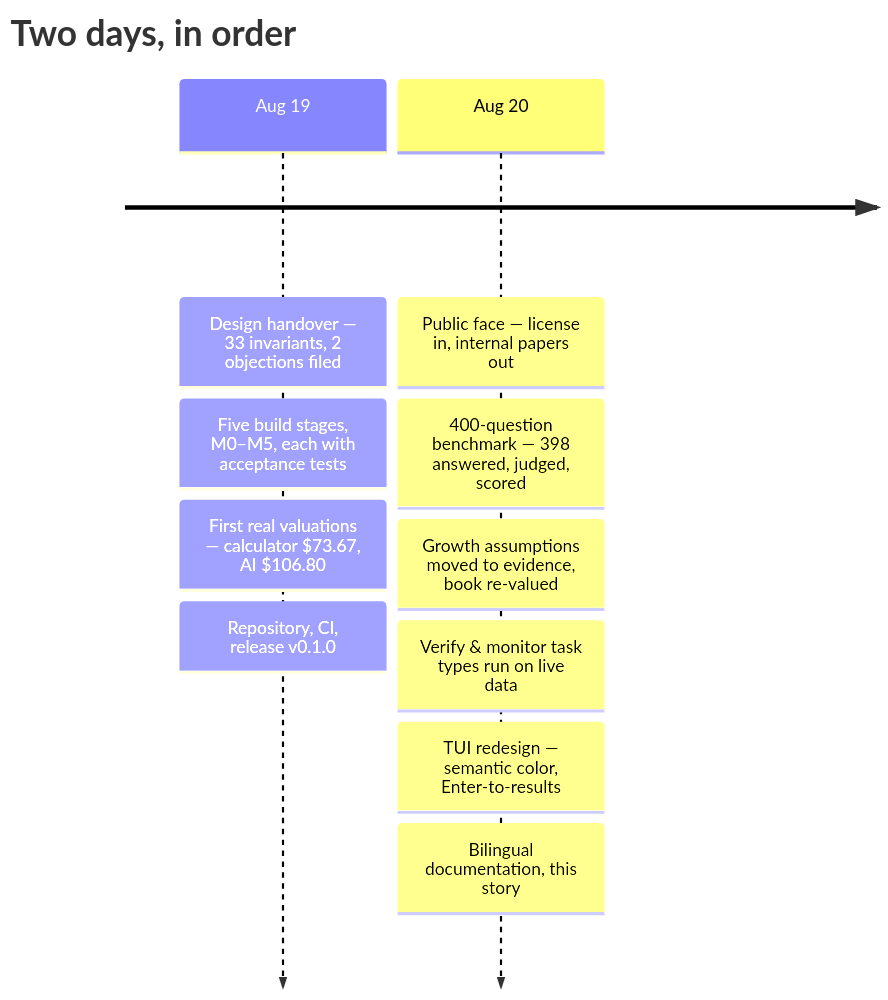
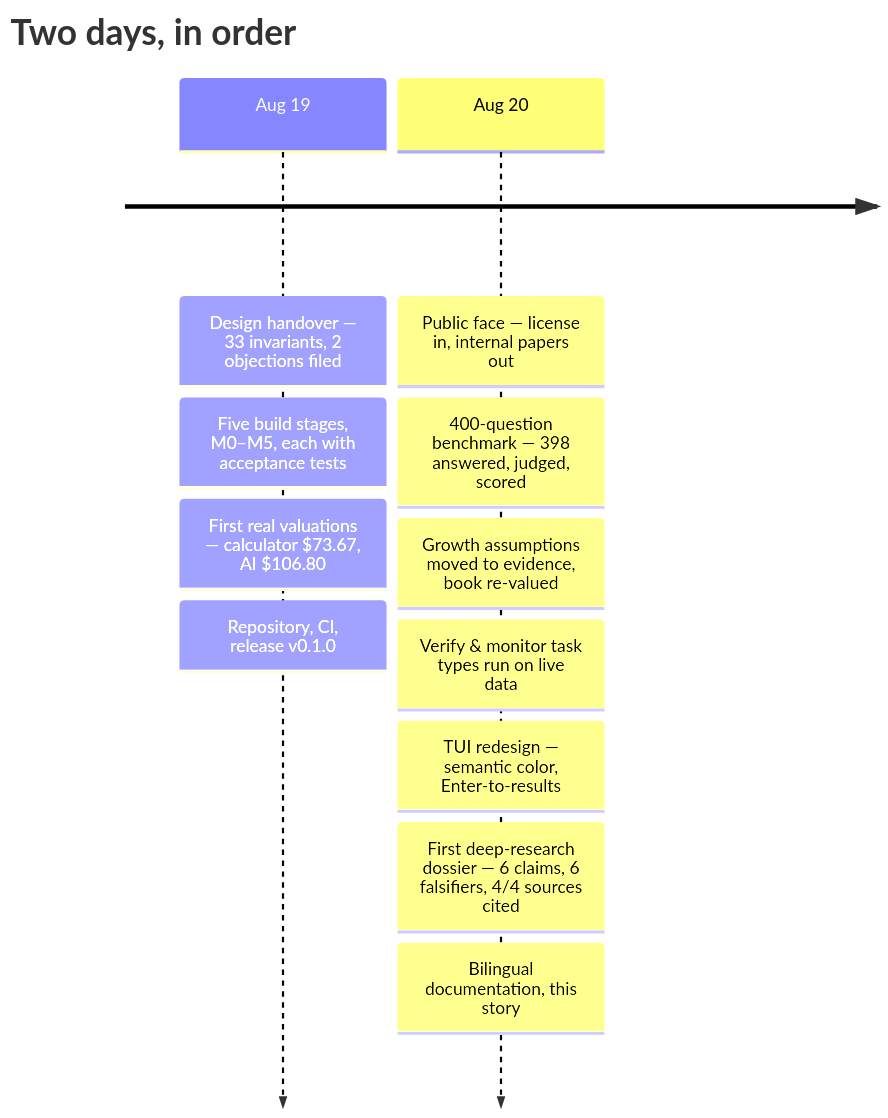
One commit to dmquant/rein-pub changed the third of 4 diagrams in docs/STORY.md. Above: the diagram before and after it, drawn with Mermaid. The commit also changed other lines of this file and 1 other file, not shown here.

First line of the commit message:
docs(story): the first deep-research dossier, end to end

````diff
--- a/docs/STORY.md
+++ b/docs/STORY.md
@@ -182,14 +182,15 @@
 ```mermaid
 timeline
     title Two days, in order
     Aug 19 : Design handover — 33 invariants, 2 objections filed
            : Five build stages, M0–M5, each with acceptance tests
            : First real valuations — calculator $73.67, AI $106.80
            : Repository, CI, release v0.1.0
     Aug 20 : Public face — license in, internal papers out
            : 400-question benchmark — 398 answered, judged, scored
            : Growth assumptions moved to evidence, book re-valued
            : Verify & monitor task types run on live data
            : TUI redesign — semantic color, Enter-to-results
+           : First deep-research dossier — 6 claims, 6 falsifiers, 4/4 sources cited
            : Bilingual documentation, this story
 ```
````
